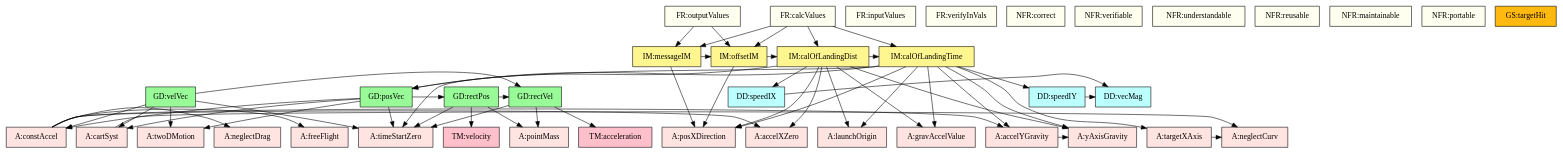
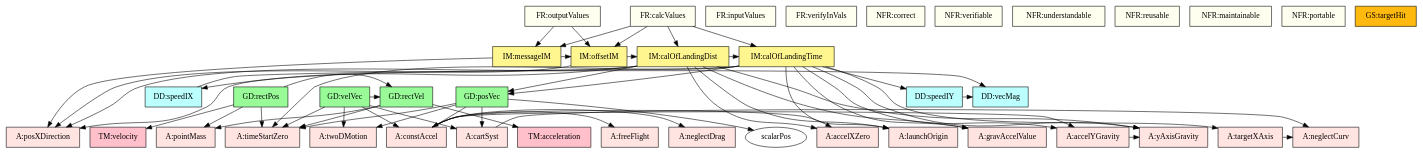
The diagram in code/stable/projectile/TraceyGraph/allvsall.dot (JacquesCarette/Drasil), drawn with Graphviz before and after one commit. The commit also changed 3 other files, not shown here.

Commit message:
Fix graph files in stable to graph rectPos with time dependency

```diff
--- a/code/stable/projectile/TraceyGraph/allvsall.dot
+++ b/code/stable/projectile/TraceyGraph/allvsall.dot
@@ -1,138 +1,138 @@
 digraph allvsall {
 	cartSyst -> neglectCurv;
 	targetXAxis -> neglectCurv;
 	constAccel -> accelXZero;
 	constAccel -> accelYGravity;
 	constAccel -> neglectDrag;
 	constAccel -> freeFlight;
 	accelYGravity -> yAxisGravity;
 	ixVel -> speed;
 	iyVel -> speed;
 	projSpeed -> pointMass;
 	projSpeed -> timeStartZero;
 	projSpeed -> accelerationTM;
-	scalarPos -> pointMass;
-	scalarPos -> timeStartZero;
-	scalarPos -> velocityTM;
-	scalarPos -> projSpeed;
+	projPos -> pointMass;
+	projPos -> timeStartZero;
+	projPos -> velocityTM;
+	projPos -> projSpeed;
 	velocity -> twoDMotion;
 	velocity -> cartSyst;
 	velocity -> constAccel;
 	velocity -> timeStartZero;
 	velocity -> projSpeed;
 	position -> twoDMotion;
 	position -> cartSyst;
 	position -> constAccel;
 	position -> timeStartZero;
 	position -> scalarPos;
 	flightduration -> yAxisGravity;
 	flightduration -> launchOrigin;
 	flightduration -> targetXAxis;
 	flightduration -> posXDirection;
 	flightduration -> accelYGravity;
 	flightduration -> timeStartZero;
 	flightduration -> gravAccelValue;
 	flightduration -> iyVel;
 	flightduration -> position;
 	landingposition -> yAxisGravity;
 	landingposition -> launchOrigin;
 	landingposition -> posXDirection;
 	landingposition -> accelXZero;
 	landingposition -> gravAccelValue;
 	landingposition -> ixVel;
 	landingposition -> position;
 	landingposition -> flightduration;
 	offset -> posXDirection;
 	offset -> landingposition;
 	message -> posXDirection;
 	message -> offset;
 	calcValues -> flightduration;
 	calcValues -> landingposition;
 	calcValues -> offset;
 	calcValues -> message;
 	outputValues -> offset;
 	outputValues -> message;
 
 
 	twoDMotion	[shape=box, color=black, style=filled, fillcolor=mistyrose, label="A:twoDMotion"];
 	cartSyst	[shape=box, color=black, style=filled, fillcolor=mistyrose, label="A:cartSyst"];
 	yAxisGravity	[shape=box, color=black, style=filled, fillcolor=mistyrose, label="A:yAxisGravity"];
 	launchOrigin	[shape=box, color=black, style=filled, fillcolor=mistyrose, label="A:launchOrigin"];
 	targetXAxis	[shape=box, color=black, style=filled, fillcolor=mistyrose, label="A:targetXAxis"];
 	posXDirection	[shape=box, color=black, style=filled, fillcolor=mistyrose, label="A:posXDirection"];
 	constAccel	[shape=box, color=black, style=filled, fillcolor=mistyrose, label="A:constAccel"];
 	accelXZero	[shape=box, color=black, style=filled, fillcolor=mistyrose, label="A:accelXZero"];
 	accelYGravity	[shape=box, color=black, style=filled, fillcolor=mistyrose, label="A:accelYGravity"];
 	neglectDrag	[shape=box, color=black, style=filled, fillcolor=mistyrose, label="A:neglectDrag"];
 	pointMass	[shape=box, color=black, style=filled, fillcolor=mistyrose, label="A:pointMass"];
 	freeFlight	[shape=box, color=black, style=filled, fillcolor=mistyrose, label="A:freeFlight"];
 	neglectCurv	[shape=box, color=black, style=filled, fillcolor=mistyrose, label="A:neglectCurv"];
 	timeStartZero	[shape=box, color=black, style=filled, fillcolor=mistyrose, label="A:timeStartZero"];
 	gravAccelValue	[shape=box, color=black, style=filled, fillcolor=mistyrose, label="A:gravAccelValue"];
 
 	subgraph A {
 	rank="same"
 	{twoDMotion, cartSyst, yAxisGravity, launchOrigin, targetXAxis, posXDirection, constAccel, accelXZero, accelYGravity, neglectDrag, pointMass, freeFlight, neglectCurv, timeStartZero, gravAccelValue}
 	}
 
 	speed	[shape=box, color=black, style=filled, fillcolor=paleturquoise1, label="DD:vecMag"];
 	ixVel	[shape=box, color=black, style=filled, fillcolor=paleturquoise1, label="DD:speedIX"];
 	iyVel	[shape=box, color=black, style=filled, fillcolor=paleturquoise1, label="DD:speedIY"];
 
 	subgraph DD {
 	rank="same"
 	{speed, ixVel, iyVel}
 	}
 
 	accelerationTM	[shape=box, color=black, style=filled, fillcolor=pink, label="TM:acceleration"];
 	velocityTM	[shape=box, color=black, style=filled, fillcolor=pink, label="TM:velocity"];
 
 	subgraph TM {
 	rank="same"
 	{accelerationTM, velocityTM}
 	}
 
 	projSpeed	[shape=box, color=black, style=filled, fillcolor=palegreen, label="GD:rectVel"];
-	scalarPos	[shape=box, color=black, style=filled, fillcolor=palegreen, label="GD:rectPos"];
+	projPos	[shape=box, color=black, style=filled, fillcolor=palegreen, label="GD:rectPos"];
 	velocity	[shape=box, color=black, style=filled, fillcolor=palegreen, label="GD:velVec"];
 	position	[shape=box, color=black, style=filled, fillcolor=palegreen, label="GD:posVec"];
 
 	subgraph GD {
 	rank="same"
-	{projSpeed, scalarPos, velocity, position}
+	{projSpeed, projPos, velocity, position}
 	}
 
 	flightduration	[shape=box, color=black, style=filled, fillcolor=khaki1, label="IM:calOfLandingTime"];
 	landingposition	[shape=box, color=black, style=filled, fillcolor=khaki1, label="IM:calOfLandingDist"];
 	offset	[shape=box, color=black, style=filled, fillcolor=khaki1, label="IM:offsetIM"];
 	message	[shape=box, color=black, style=filled, fillcolor=khaki1, label="IM:messageIM"];
 
 	subgraph IM {
 	rank="same"
 	{flightduration, landingposition, offset, message}
 	}
 
 	inputValues	[shape=box, color=black, style=filled, fillcolor=ivory, label="FR:inputValues"];
 	verifyInVals	[shape=box, color=black, style=filled, fillcolor=ivory, label="FR:verifyInVals"];
 	calcValues	[shape=box, color=black, style=filled, fillcolor=ivory, label="FR:calcValues"];
 	outputValues	[shape=box, color=black, style=filled, fillcolor=ivory, label="FR:outputValues"];
 	correct	[shape=box, color=black, style=filled, fillcolor=ivory, label="NFR:correct"];
 	verifiable	[shape=box, color=black, style=filled, fillcolor=ivory, label="NFR:verifiable"];
 	understandable	[shape=box, color=black, style=filled, fillcolor=ivory, label="NFR:understandable"];
 	reusable	[shape=box, color=black, style=filled, fillcolor=ivory, label="NFR:reusable"];
 	maintainable	[shape=box, color=black, style=filled, fillcolor=ivory, label="NFR:maintainable"];
 	portable	[shape=box, color=black, style=filled, fillcolor=ivory, label="NFR:portable"];
 
 	subgraph FR {
 	rank="same"
 	{inputValues, verifyInVals, calcValues, outputValues, correct, verifiable, understandable, reusable, maintainable, portable}
 	}
 
 	targetHit	[shape=box, color=black, style=filled, fillcolor=darkgoldenrod1, label="GS:targetHit"];
 
 	subgraph GS {
 	rank="same"
 	{targetHit}
 	}
 
 }
```
